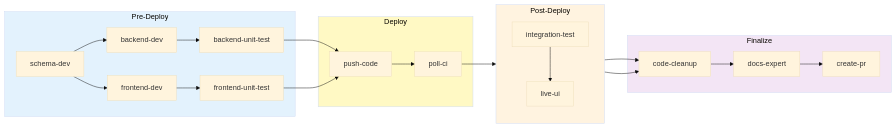
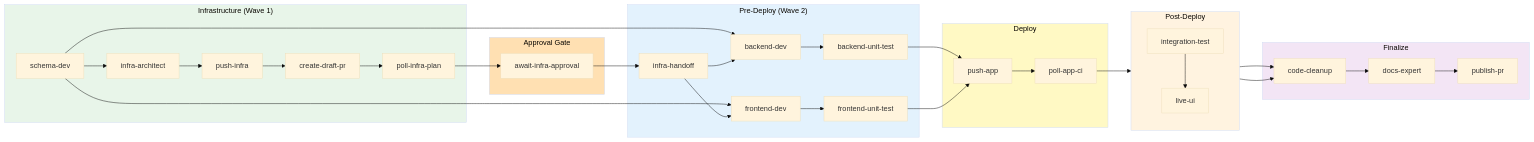
Before and after one commit to RomanKaliupinMelonusa/DAGent-t: the diagram in .github/AGENTIC-WORKFLOW.md, drawn with Mermaid (base theme). The commit also changed other lines of this file and 27 other files, not shown here.

First line of the commit message:
Enhance infrastructure agent flow and implement approval processes (#12)

````diff
--- a/.github/AGENTIC-WORKFLOW.md
+++ b/.github/AGENTIC-WORKFLOW.md
@@ -127,31 +127,48 @@
 ```mermaid
 flowchart LR
-    subgraph PRE["Pre-Deploy"]
-        SD["schema-dev"] --> BD["backend-dev"] & FD["frontend-dev"]
+    subgraph INFRA["Infrastructure (Wave 1)"]
+        SD["schema-dev"] --> IA["infra-architect"]
+        IA --> PI["push-infra"] --> DPR["create-draft-pr"]
+        DPR --> PIP["poll-infra-plan"]
+    end
+
+    subgraph APPROVAL["Approval Gate"]
+        AIA["await-infra-approval"]
+    end
+
+    subgraph PRE["Pre-Deploy (Wave 2)"]
+        IH["infra-handoff"]
+        BD["backend-dev"] & FD["frontend-dev"]
         BD --> BUT["backend-unit-test"]
         FD --> FUT["frontend-unit-test"]
     end
 
     subgraph DEP["Deploy"]
-        PC["push-code"] --> PCI["poll-ci"]
+        PA["push-app"] --> PAC["poll-app-ci"]
     end
 
     subgraph POST["Post-Deploy"]
         direction TB
         IT["integration-test"]
         IT --> LU["live-ui"]
     end
 
     subgraph FIN["Finalize"]
-        CC["code-cleanup"] --> DE["docs-expert"] --> PR["create-pr"]
+        CC["code-cleanup"] --> DE["docs-expert"] --> PR["publish-pr"]
     end
 
-    BUT & FUT --> PC
-    PCI --> IT
+    PIP --> AIA
+    AIA --> IH
+    SD --> BD & FD
+    IH --> BD & FD
+    BUT & FUT --> PA
+    PAC --> IT
     IT & LU --> CC
 
+    style INFRA fill:#e8f5e9
+    style APPROVAL fill:#ffe0b2
     style PRE fill:#e3f2fd
     style DEP fill:#fff9c4
     style POST fill:#fff3e0
     style FIN fill:#f3e5f5
 ```
````
